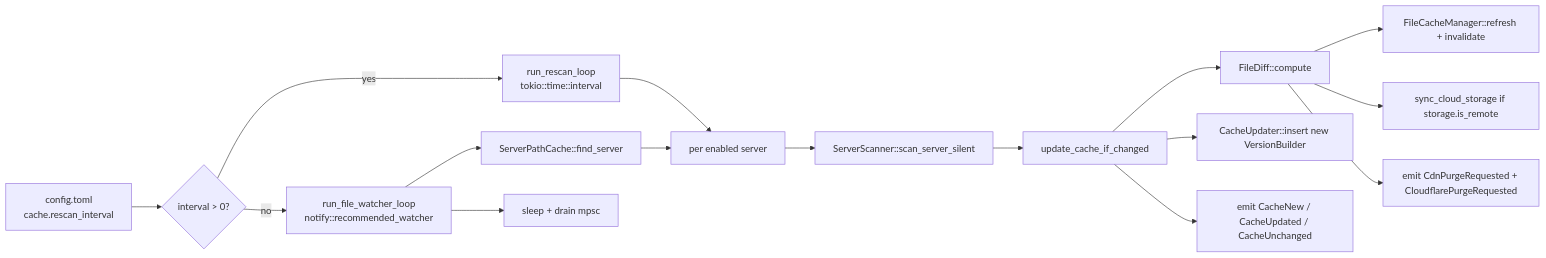
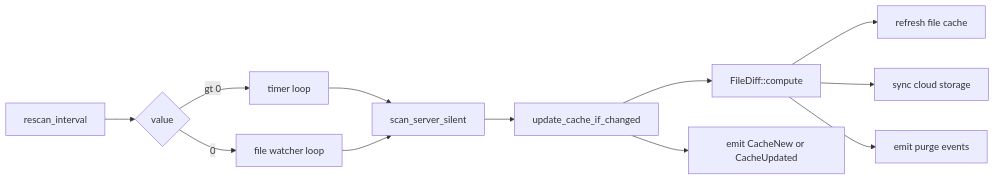
One commit to Lighty-Launcher/LightyUpdater changed the diagram in crates/rescan/docs/overview.md. Above: the diagram before and after it, drawn with Mermaid. The commit also changed other lines of this file and 22 other files, not shown here.

First line of the commit message:
Simplify per-crate docs + harden mermaid for GitBook

````diff
--- a/crates/rescan/docs/overview.md
+++ b/crates/rescan/docs/overview.md
@@ -26,20 +21,14 @@
 ```mermaid
 flowchart LR
-    CFG[config.toml<br/>cache.rescan_interval] --> Mode{interval > 0?}
-    Mode -->|yes| Timer[run_rescan_loop<br/>tokio::time::interval]
-    Mode -->|no| FW[run_file_watcher_loop<br/>notify::recommended_watcher]
-
-    Timer --> Iter[per enabled server]
-    FW --> Match[ServerPathCache::find_server]
-    FW --> Debounce[sleep + drain mpsc]
-    Match --> Iter
-
-    Iter --> Scan[ServerScanner::scan_server_silent]
+    Cfg[rescan_interval] --> Mode{value}
+    Mode -->|gt 0| Timer[timer loop]
+    Mode -->|0| FW[file watcher loop]
+    Timer --> Scan[scan_server_silent]
+    FW --> Scan
     Scan --> Update[update_cache_if_changed]
     Update --> Diff[FileDiff::compute]
-    Diff --> Refresh[FileCacheManager::refresh + invalidate]
-    Diff --> Sync[sync_cloud_storage if storage.is_remote]
-    Diff --> Emit[emit CdnPurgeRequested + CloudflarePurgeRequested]
-    Update --> Insert[CacheUpdater::insert new VersionBuilder]
-    Update --> Bus[emit CacheNew / CacheUpdated / CacheUnchanged]
+    Diff --> FC[refresh file cache]
+    Diff --> Sync[sync cloud storage]
+    Diff --> Emit[emit purge events]
+    Update --> Bus[emit CacheNew or CacheUpdated]
 ```
````
